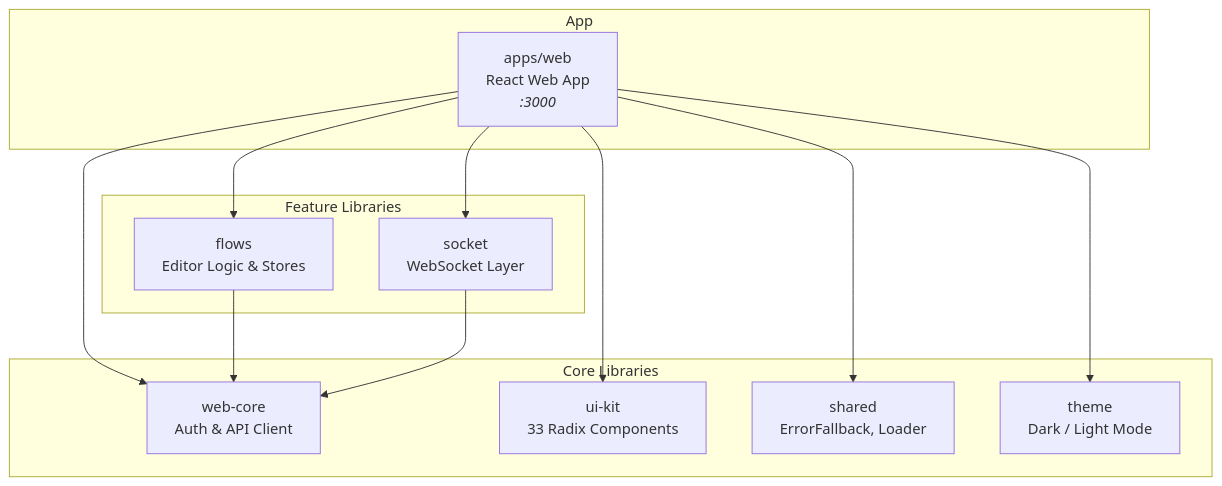
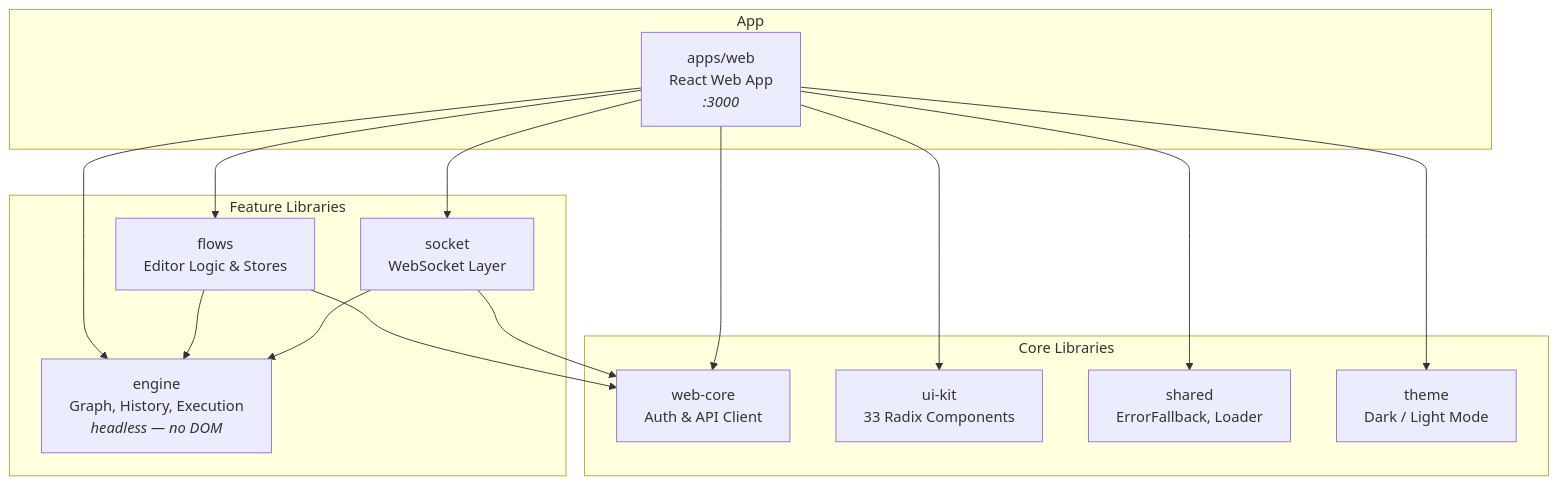
Before and after one commit to lemoncloud-io/eureka-flow: the diagram in README.md, drawn with Mermaid. The commit also changed other lines of this file, not shown here.

Commit message:
docs(readme): put the engine on the dependency diagram
The architecture graph showed flows and socket as the feature layer with no
sign of what they now build on. Adds the engine node and the edges into it,
plus the one property that makes it worth having its own box: no runtime
dependencies, so the same code runs under Node.

````diff
--- a/README.md
+++ b/README.md
@@ -97,23 +97,26 @@
 ```mermaid
 graph TB
     subgraph App
         WEB["apps/web<br/>React Web App<br/><i>:3000</i>"]
     end
 
     subgraph Core["Core Libraries"]
         WEBCORE["web-core<br/>Auth & API Client"]
         UIKIT["ui-kit<br/>33 Radix Components"]
         SHARED["shared<br/>ErrorFallback, Loader"]
         THEME["theme<br/>Dark / Light Mode"]
     end
 
     subgraph Features["Feature Libraries"]
+        ENGINE["engine<br/>Graph, History, Execution<br/><i>headless — no DOM</i>"]
         FLOWS["flows<br/>Editor Logic & Stores"]
         SOCKET["socket<br/>WebSocket Layer"]
     end
 
     WEB --> WEBCORE & UIKIT & SHARED & THEME
-    WEB --> FLOWS & SOCKET
+    WEB --> ENGINE & FLOWS & SOCKET
+    FLOWS --> ENGINE
+    SOCKET --> ENGINE
     FLOWS --> WEBCORE
     SOCKET --> WEBCORE
 ```
````
